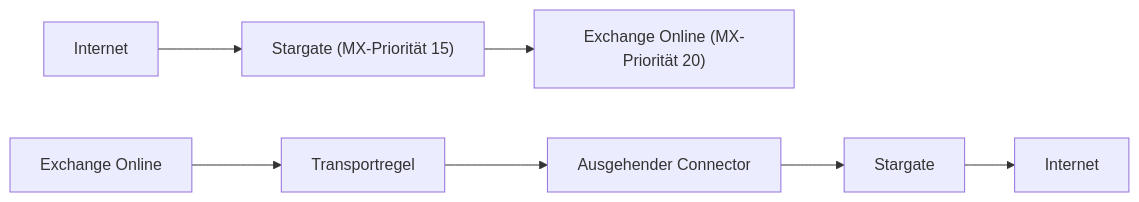
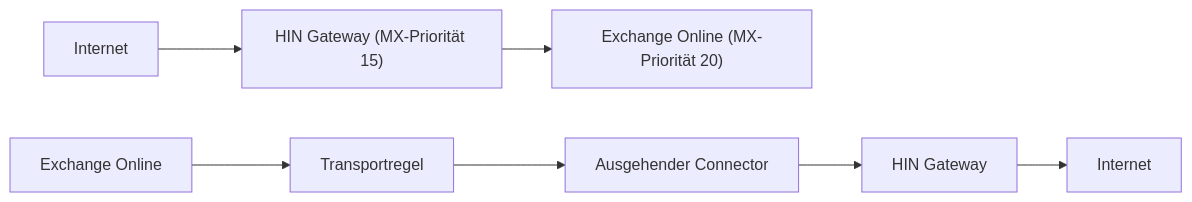
Before and after one commit to Health-Info-Net-AG/Stargate-deployment: the second of 2 diagrams in docs/de/Exchange-integration.md, drawn with Mermaid. The commit also changed other lines of this file and 3 other files, not shown here.

````diff
--- a/docs/de/Exchange-integration.md
+++ b/docs/de/Exchange-integration.md
@@ -36,13 +36,13 @@
 ```mermaid
 flowchart LR
     I1 --> mx15 --> mx20
-    EO --> TR --> OC --> Stargate --> I2
+    EO --> TR --> OC --> HG --> I2
     I1["Internet"]
     I2["Internet"]
-    mx15["Stargate (MX-Priorität 15)"]
+    mx15["HIN Gateway (MX-Priorität 15)"]
     mx20["Exchange Online (MX-Priorität 20)"]
     EO["Exchange Online"]
     TR["Transportregel"]
     OC["Ausgehender Connector"]
-    Stargate
+    HG["HIN Gateway"]
 ```
````
